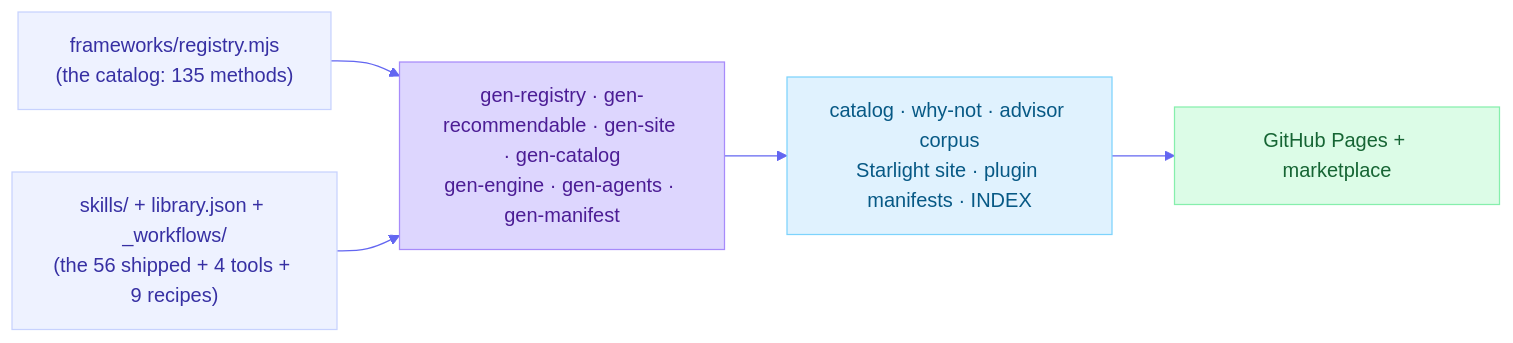
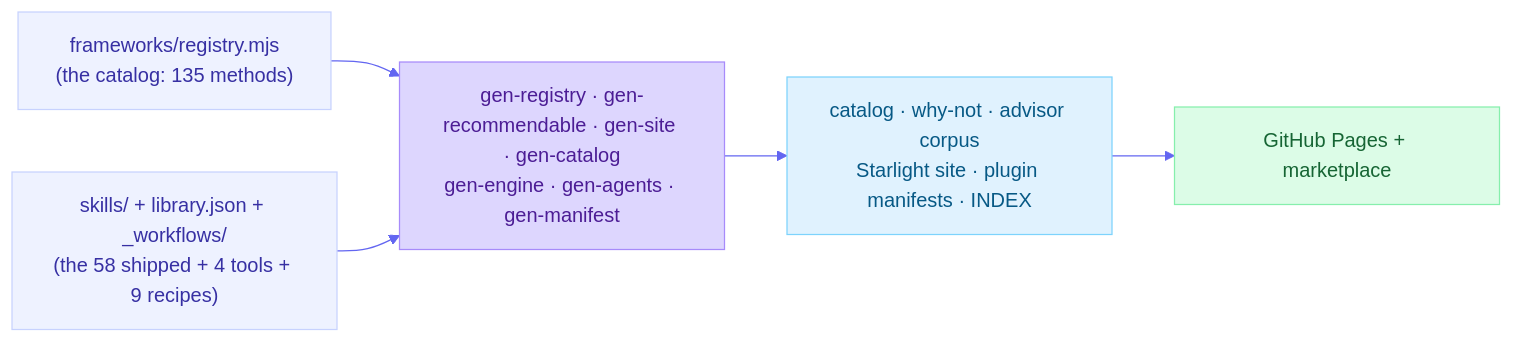
Before and after one commit to product-on-purpose/thinking-framework-skills: the diagram in docs/architecture.md, drawn with Mermaid. The commit also changed other lines of this file and 45 other files, not shown here.

````diff
--- a/docs/architecture.md
+++ b/docs/architecture.md
@@ -48,16 +50,16 @@
 ```mermaid
 %%{init: {'theme':'base','themeVariables':{'primaryColor':'#eef2ff','primaryBorderColor':'#c7d2fe','lineColor':'#6366f1'}}}%%
 graph LR
   reg["frameworks/registry.mjs<br/>(the catalog: 135 methods)"]:::source
-  skl["skills/ + library.json + _workflows/<br/>(the 56 shipped + 4 tools + 9 recipes)"]:::source
+  skl["skills/ + library.json + _workflows/<br/>(the 58 shipped + 4 tools + 9 recipes)"]:::source
   gen["gen-registry · gen-recommendable · gen-site · gen-catalog<br/>gen-engine · gen-agents · gen-manifest"]:::build
   views["catalog · why-not · advisor corpus<br/>Starlight site · plugin manifests · INDEX"]:::site
   pages["GitHub Pages + marketplace"]:::deploy
   reg --> gen
   skl --> gen
   gen --> views --> pages
   classDef source fill:#eef2ff,stroke:#c7d2fe,color:#3730a3;
   classDef build fill:#ddd6fe,stroke:#a78bfa,color:#4c1d95;
   classDef site fill:#e0f2fe,stroke:#7dd3fc,color:#075985;
   classDef deploy fill:#dcfce7,stroke:#86efac,color:#166534;
 ```
````
